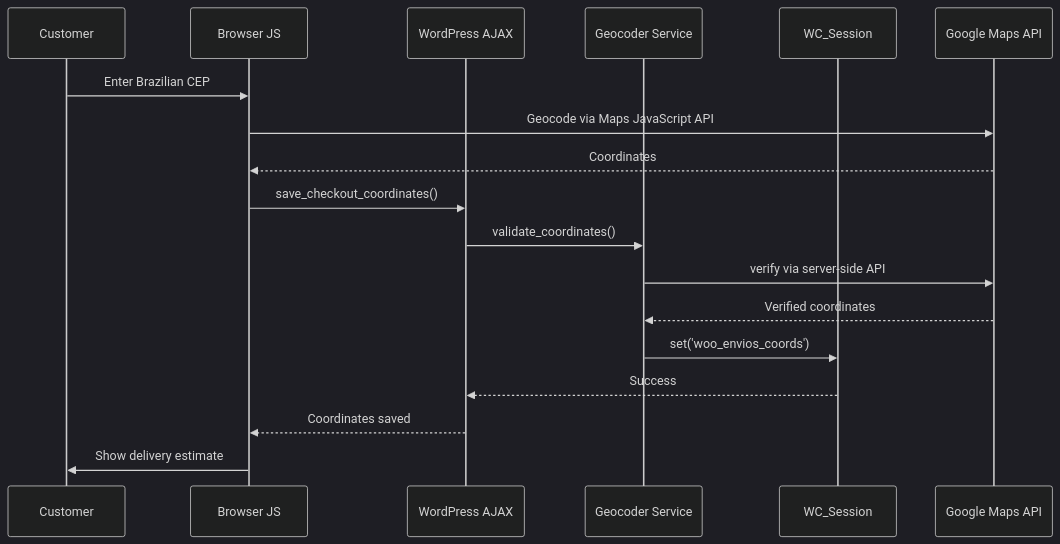
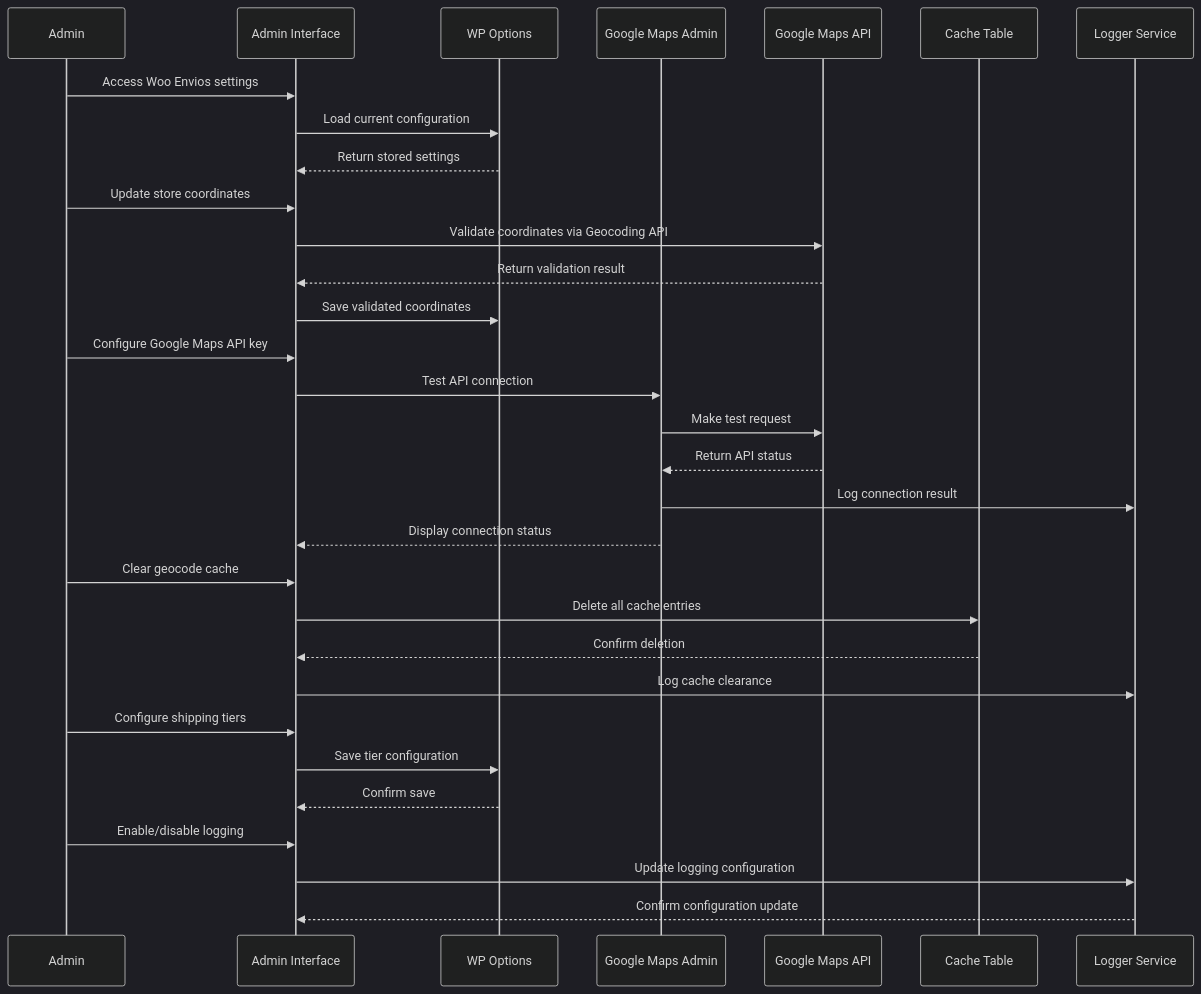
One commit to gustavofullstack/Woo_envios changed the fourth of 4 diagrams in docs/ARCHITECTURE.md. Above: the diagram before and after it, drawn with Mermaid (dark theme). The commit also changed other lines of this file and 6 other files, not shown here.

````diff
--- a/docs/ARCHITECTURE.md
+++ b/docs/ARCHITECTURE.md
@@ -227,21 +350,39 @@
 ```mermaid
 sequenceDiagram
-    participant Customer as Customer
-    participant Browser as Browser JS
-    participant AJAX as WordPress AJAX
-    participant Geocoder as Geocoder Service
-    participant Session as WC_Session
-    participant Google as Google Maps API
+    participant Admin
+    participant AdminUI as Admin Interface
+    participant Settings as WP Options
+    participant GMapsAdmin as Google Maps Admin
+    participant GMapsAPI as Google Maps API
+    participant CacheTable as Cache Table
+    participant Logger as Logger Service
+
+    Admin->>AdminUI: Access Woo Envios settings
+    AdminUI->>Settings: Load current configuration
+    Settings-->>AdminUI: Return stored settings
     
-    Customer->>Browser: Enter Brazilian CEP
-    Browser->>Google: Geocode via Maps JavaScript API
-    Google-->>Browser: Coordinates
-    Browser->>AJAX: save_checkout_coordinates()
-    AJAX->>Geocoder: validate_coordinates()
-    Geocoder->>Google: verify via server-side API
-    Google-->>Geocoder: Verified coordinates
-    Geocoder->>Session: set('woo_envios_coords')
-    Session-->>AJAX: Success
-    AJAX-->>Browser: Coordinates saved
-    Browser->>Customer: Show delivery estimate
+    Admin->>AdminUI: Update store coordinates
+    AdminUI->>GMapsAPI: Validate coordinates via Geocoding API
+    GMapsAPI-->>AdminUI: Return validation result
+    AdminUI->>Settings: Save validated coordinates
+    
+    Admin->>AdminUI: Configure Google Maps API key
+    AdminUI->>GMapsAdmin: Test API connection
+    GMapsAdmin->>GMapsAPI: Make test request
+    GMapsAPI-->>GMapsAdmin: Return API status
+    GMapsAdmin->>Logger: Log connection result
+    GMapsAdmin-->>AdminUI: Display connection status
+    
+    Admin->>AdminUI: Clear geocode cache
+    AdminUI->>CacheTable: Delete all cache entries
+    CacheTable-->>AdminUI: Confirm deletion
+    AdminUI->>Logger: Log cache clearance
+    
+    Admin->>AdminUI: Configure shipping tiers
+    AdminUI->>Settings: Save tier configuration
+    Settings-->>AdminUI: Confirm save
+    
+    Admin->>AdminUI: Enable/disable logging
+    AdminUI->>Logger: Update logging configuration
+    Logger-->>AdminUI: Confirm configuration update
 ```
````
